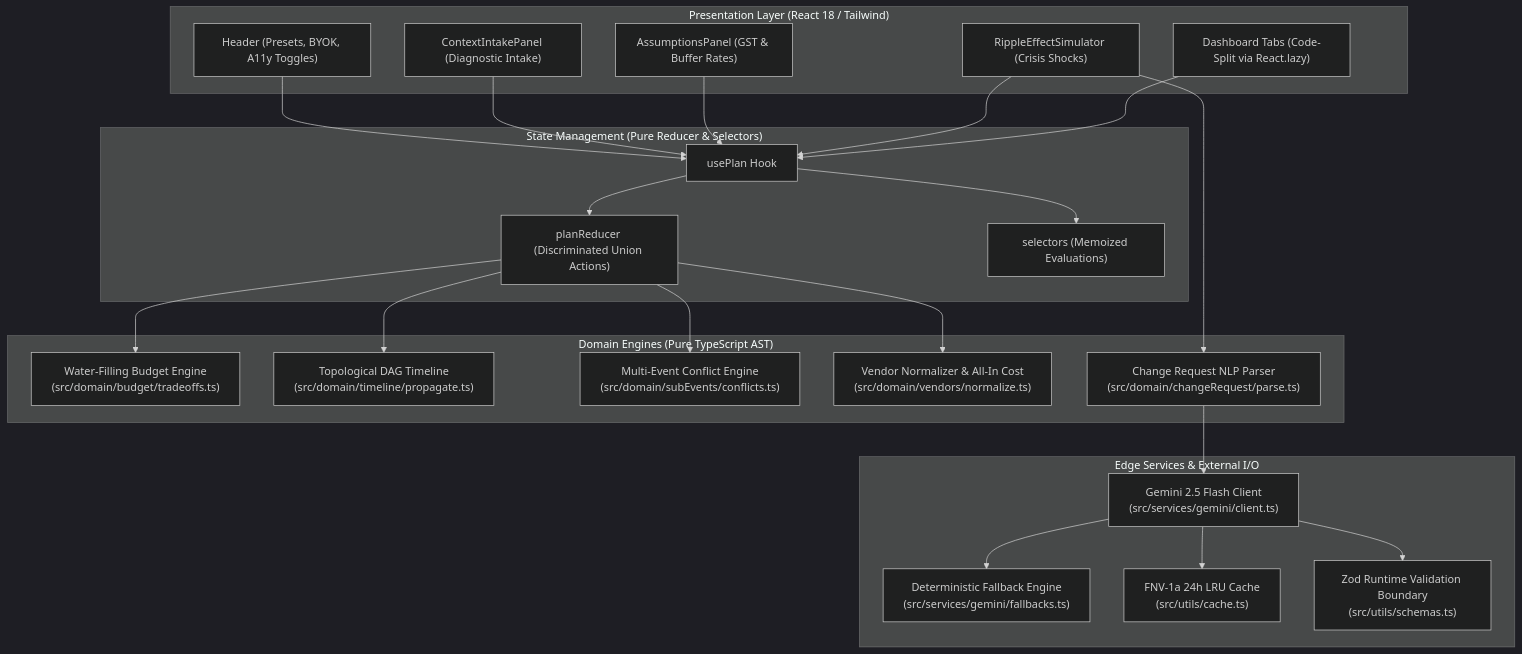
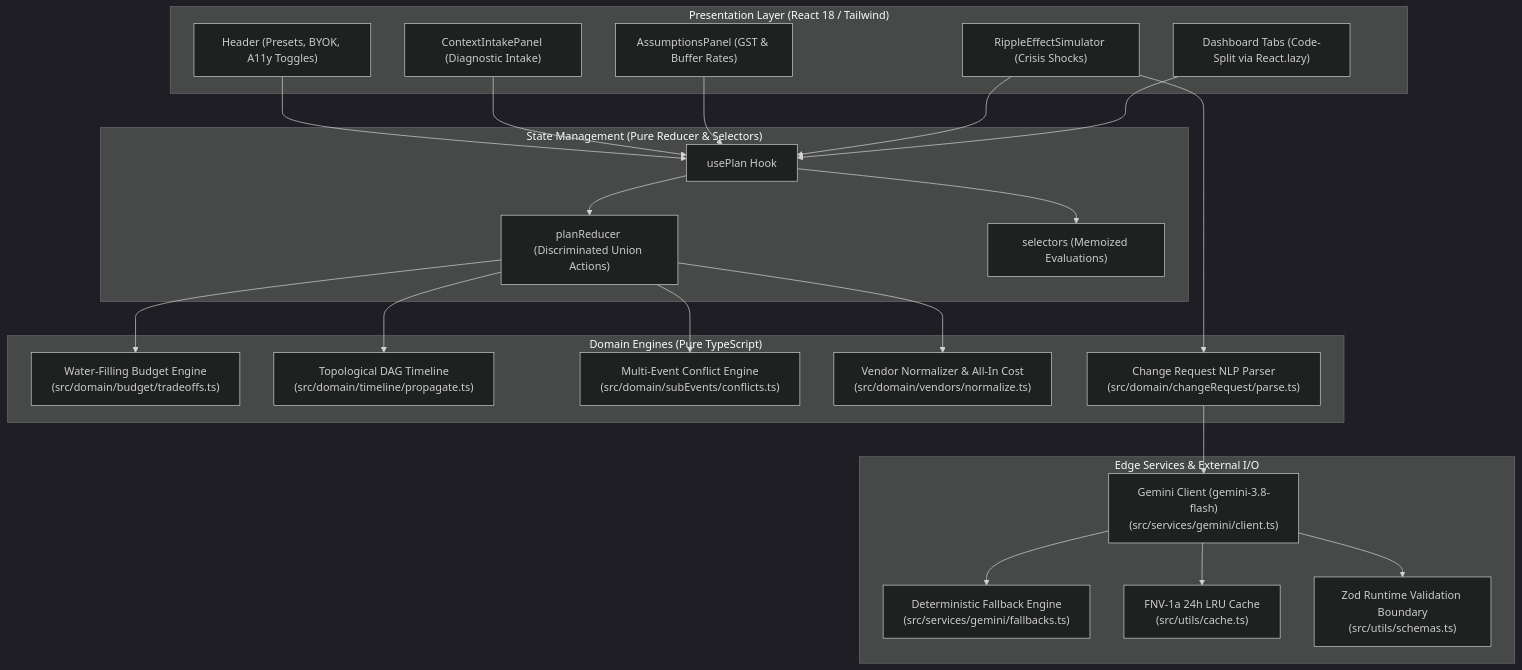
One commit to pranavg21/utsav-ai changed the diagram in README.md. Above: the diagram before and after it, drawn with Mermaid (dark theme). The commit also changed other lines of this file and 3 other files, not shown here.

````diff
--- a/README.md
+++ b/README.md
@@ -42,51 +42,51 @@
 ```mermaid
 flowchart TD
   subgraph Presentation ["Presentation Layer (React 18 / Tailwind)"]
     Header["Header (Presets, BYOK, A11y Toggles)"]
     Intake["ContextIntakePanel (Diagnostic Intake)"]
     Assumptions["AssumptionsPanel (GST & Buffer Rates)"]
     Simulator["RippleEffectSimulator (Crisis Shocks)"]
     Tabs["Dashboard Tabs (Code-Split via React.lazy)"]
   end
 
   subgraph StateCoordination ["State Management (Pure Reducer & Selectors)"]
     usePlan["usePlan Hook"]
     planReducer["planReducer (Discriminated Union Actions)"]
     selectors["selectors (Memoized Evaluations)"]
   end
 
-  subgraph DomainEngines ["Domain Engines (Pure TypeScript AST)"]
+  subgraph DomainEngines ["Domain Engines (Pure TypeScript)"]
     Budget["Water-Filling Budget Engine\n(src/domain/budget/tradeoffs.ts)"]
     Timeline["Topological DAG Timeline\n(src/domain/timeline/propagate.ts)"]
     SubEvents["Multi-Event Conflict Engine\n(src/domain/subEvents/conflicts.ts)"]
     Vendors["Vendor Normalizer & All-In Cost\n(src/domain/vendors/normalize.ts)"]
     ChangeNLP["Change Request NLP Parser\n(src/domain/changeRequest/parse.ts)"]
   end
 
   subgraph EdgeServices ["Edge Services & External I/O"]
-    Gemini["Gemini 2.5 Flash Client\n(src/services/gemini/client.ts)"]
+    Gemini["Gemini Client (gemini-3.8-flash)\n(src/services/gemini/client.ts)"]
     Fallbacks["Deterministic Fallback Engine\n(src/services/gemini/fallbacks.ts)"]
     Cache["FNV-1a 24h LRU Cache\n(src/utils/cache.ts)"]
     Schemas["Zod Runtime Validation Boundary\n(src/utils/schemas.ts)"]
   end
 
   Header --> usePlan
   Intake --> usePlan
   Assumptions --> usePlan
   Simulator --> usePlan
   Tabs --> usePlan
 
   usePlan --> planReducer
   usePlan --> selectors
 
   planReducer --> Budget
   planReducer --> Timeline
   planReducer --> SubEvents
   planReducer --> Vendors
 
   Simulator --> ChangeNLP
   ChangeNLP --> Gemini
   Gemini --> Schemas
   Gemini --> Cache
   Gemini --> Fallbacks
 ```
````
